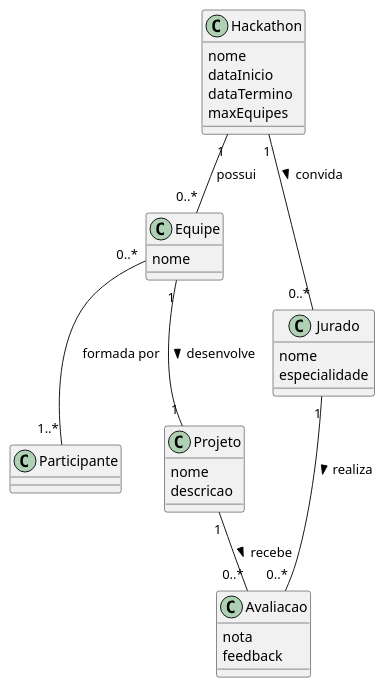
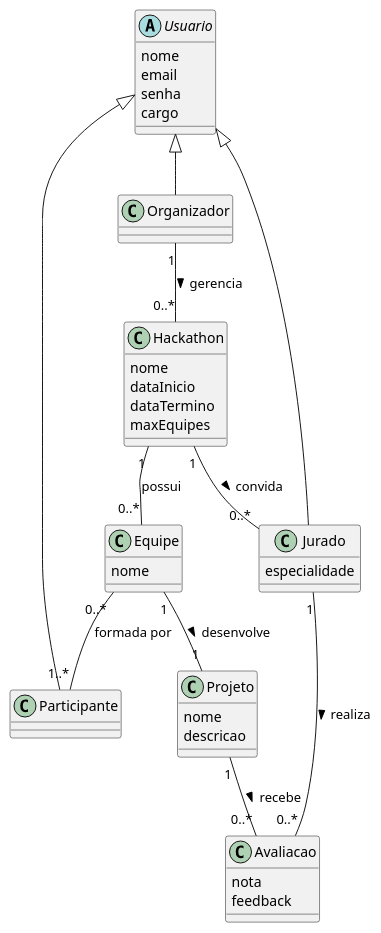
The diagram in diagramas/classes.puml (papatrock/es-hackathon), drawn with PlantUML before and after one commit. The commit also changed 1 other file, not shown here.

```diff
--- a/diagramas/classes.puml
+++ b/diagramas/classes.puml
@@ -1,39 +1,50 @@
 @startuml Diagrama de Classes Conceituais
+
+skinparam classAttributeIconSize 0
+
+abstract class Usuario {
+    nome
+    email
+    senha
+    cargo
+}
+
+class Organizador extends Usuario
 
 class Hackathon {
     nome
     dataInicio
     dataTermino
     maxEquipes
 }
 
 class Equipe {
     nome
 }
 
-class Participante
+class Participante extends Usuario
 
 class Projeto {
     nome
     descricao
 }
 
-class Jurado {
-    nome
+class Jurado extends Usuario {
     especialidade
 }
 
 class Avaliacao {
     nota
     feedback
 }
 
 Hackathon "1" -- "0..*" Equipe : possui
 Equipe "0..*" -- "1..*" Participante : formada por
+Equipe "1" -- "1" Projeto : desenvolve >
 
-Equipe "1" -- "1" Projeto : desenvolve >
 Jurado "1" -- "0..*" Avaliacao : realiza >
 Projeto "1" -- "0..*" Avaliacao : recebe >
 Hackathon "1" -- "0..*" Jurado : convida >
+Organizador "1" -- "0..*" Hackathon : gerencia >
 
 @enduml
```
